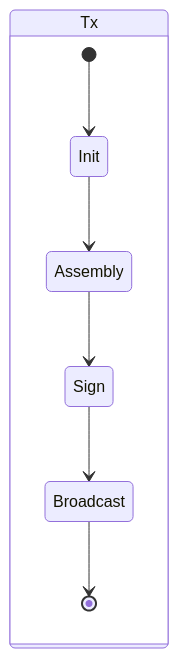
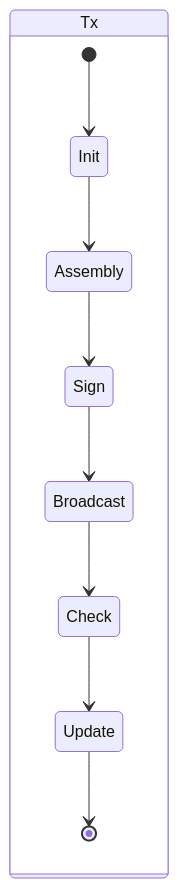
Before and after one commit to csquan/hui-collect: the diagram in README.md, drawn with Mermaid. The commit also changed other lines of this file and 18 other files, not shown here.

````diff
--- a/README.md
+++ b/README.md
@@ -13,11 +11,13 @@
 ```mermaid
 stateDiagram-v2
     state Tx {
         [*] --> Init
         Init --> Assembly
         Assembly --> Sign
         Sign --> Broadcast
-        Broadcast --> [*]
+        Broadcast --> Check
+        Check --> Update
+        Update --> [*]
     }
    
 ```
````
